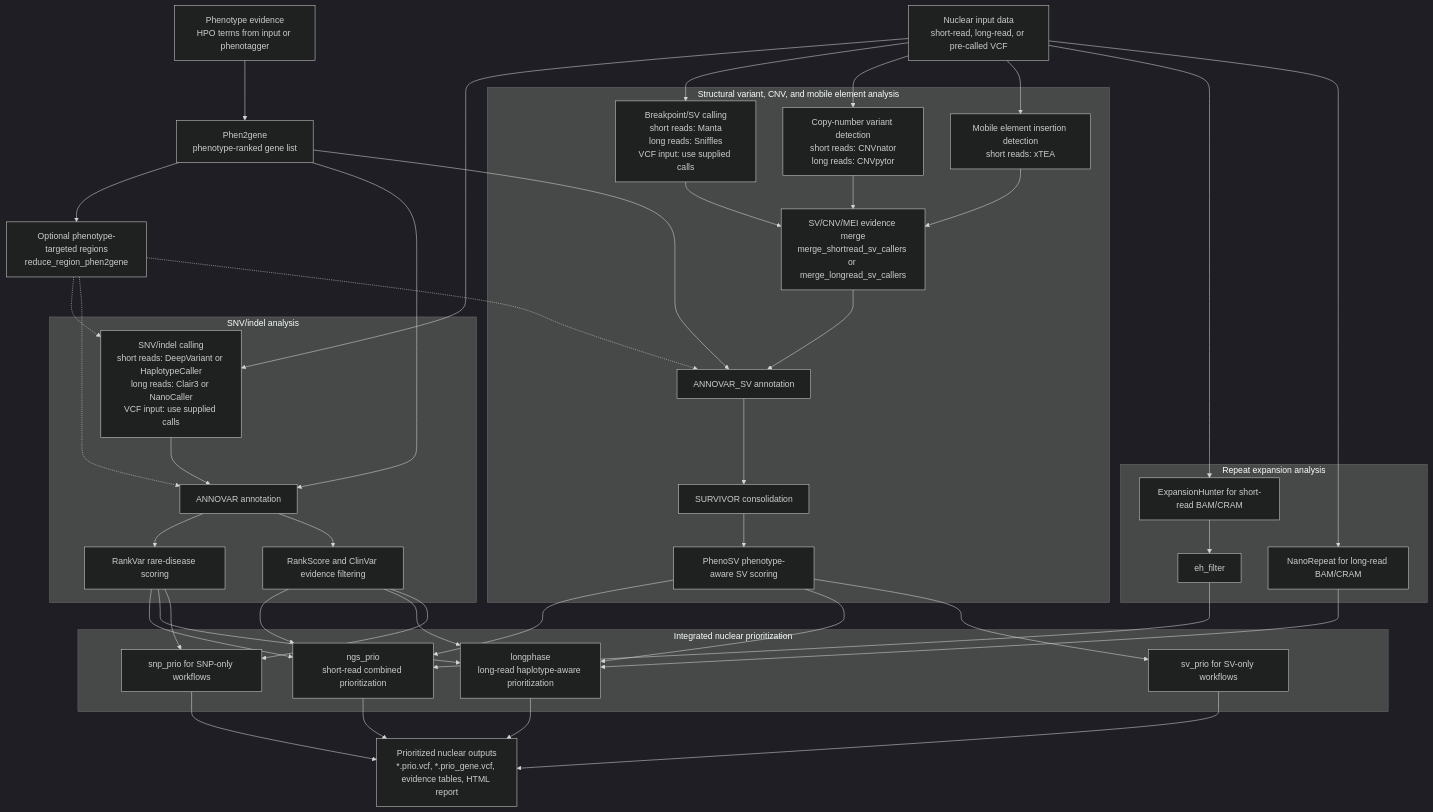
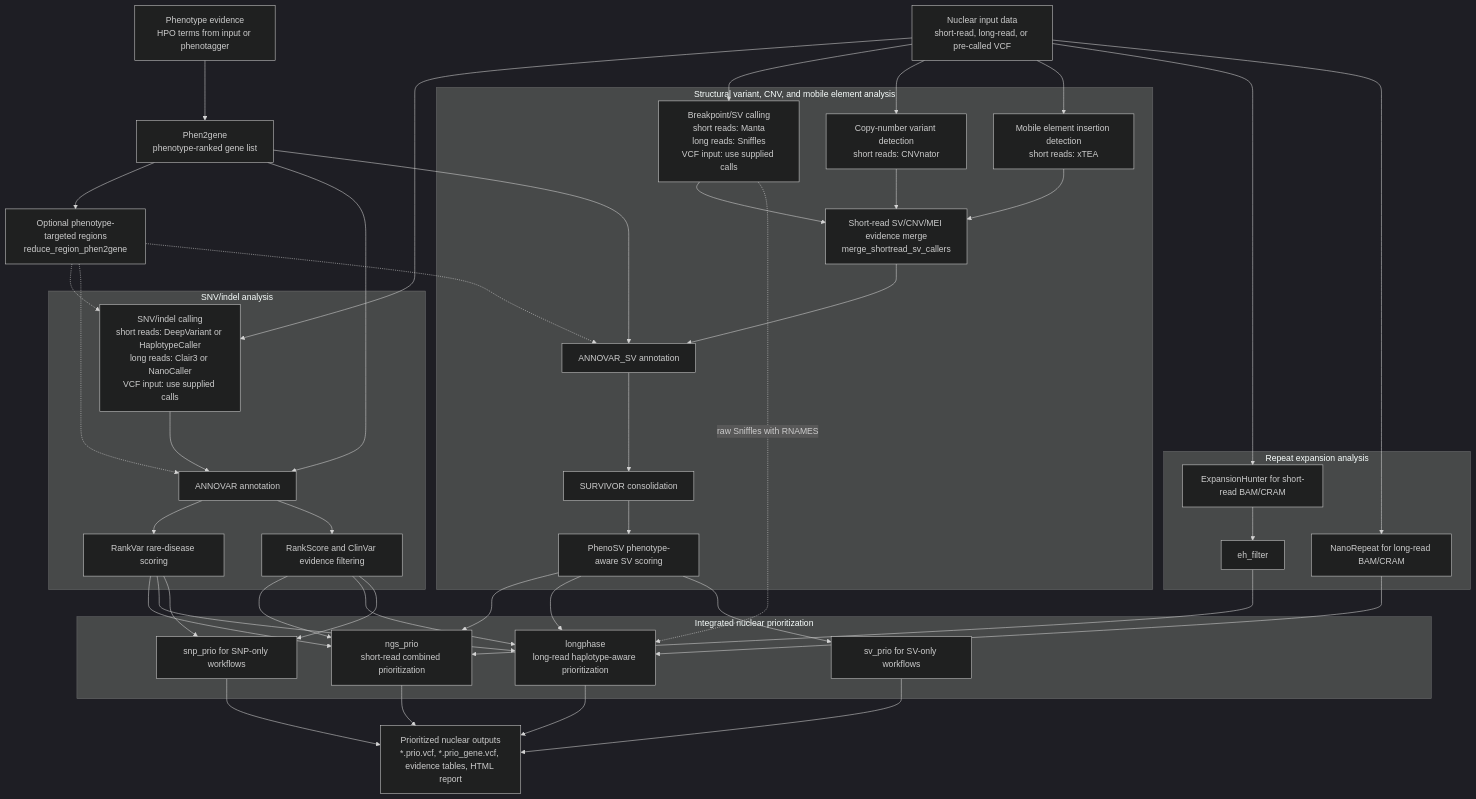
One commit to WGLab/PipeVar changed the second of 7 diagrams in docs/WORKFLOW.md. Above: the diagram before and after it, drawn with Mermaid (dark theme). The commit also changed other lines of this file and 21 other files, not shown here.

Commit message:
Updated Longphase, sniffles, cnvpytor

````diff
--- a/docs/WORKFLOW.md
+++ b/docs/WORKFLOW.md
@@ -52,75 +52,76 @@
 ```mermaid
 flowchart TD
     input["Nuclear input data\nshort-read, long-read, or pre-called VCF"]
     phenotype["Phenotype evidence\nHPO terms from input or phenotagger"]
     phen2gene["Phen2gene\nphenotype-ranked gene list"]
     target["Optional phenotype-targeted regions\nreduce_region_phen2gene"]
 
     subgraph snvLane["SNV/indel analysis"]
         snvCall["SNV/indel calling\nshort reads: DeepVariant or HaplotypeCaller\nlong reads: Clair3 or NanoCaller\nVCF input: use supplied calls"]
         snvAnno["ANNOVAR annotation"]
         rankvar["RankVar rare-disease scoring"]
         rankscore["RankScore and ClinVar evidence filtering"]
     end
 
     subgraph svLane["Structural variant, CNV, and mobile element analysis"]
         svCall["Breakpoint/SV calling\nshort reads: Manta\nlong reads: Sniffles\nVCF input: use supplied calls"]
-        cnvCall["Copy-number variant detection\nshort reads: CNVnator\nlong reads: CNVpytor"]
+        cnvCall["Copy-number variant detection\nshort reads: CNVnator"]
         meiCall["Mobile element insertion detection\nshort reads: xTEA"]
-        svMerge["SV/CNV/MEI evidence merge\nmerge_shortread_sv_callers or merge_longread_sv_callers"]
+        svMerge["Short-read SV/CNV/MEI evidence merge\nmerge_shortread_sv_callers"]
         svAnno["ANNOVAR_SV annotation"]
         survivor["SURVIVOR consolidation"]
         phenosv["PhenoSV phenotype-aware SV scoring"]
     end
 
     subgraph repeatLane["Repeat expansion analysis"]
         eh["ExpansionHunter for short-read BAM/CRAM"]
         ehFilter["eh_filter"]
         nanoRepeat["NanoRepeat for long-read BAM/CRAM"]
     end
 
     subgraph integrate["Integrated nuclear prioritization"]
         ngsPrio["ngs_prio\nshort-read combined prioritization"]
         longphase["longphase\nlong-read haplotype-aware prioritization"]
         snpOnly["snp_prio for SNP-only workflows"]
         svOnly["sv_prio for SV-only workflows"]
     end
 
     output["Prioritized nuclear outputs\n*.prio.vcf, *.prio_gene.vcf, evidence tables, HTML report"]
 
     input --> snvCall
     input --> svCall
     input --> cnvCall
     input --> meiCall
     input --> eh
     input --> nanoRepeat
     phenotype --> phen2gene
     phen2gene --> target
     phen2gene --> snvAnno
     phen2gene --> svAnno
     target -.-> snvCall
     target -.-> snvAnno
     target -.-> svAnno
 
     snvCall --> snvAnno --> rankvar --> ngsPrio
     snvAnno --> rankscore --> ngsPrio
     rankvar --> longphase
     rankscore --> longphase
     rankvar --> snpOnly
     rankscore --> snpOnly
 
     svCall --> svMerge
+    svCall -.->|"raw Sniffles with RNAMES"| longphase
     cnvCall --> svMerge
     meiCall --> svMerge
     svMerge --> svAnno --> survivor --> phenosv --> ngsPrio
     phenosv --> longphase
     phenosv --> svOnly
 
     eh --> ehFilter --> ngsPrio
     nanoRepeat --> longphase
 
     ngsPrio --> output
     longphase --> output
     snpOnly --> output
     svOnly --> output
 ```
````
